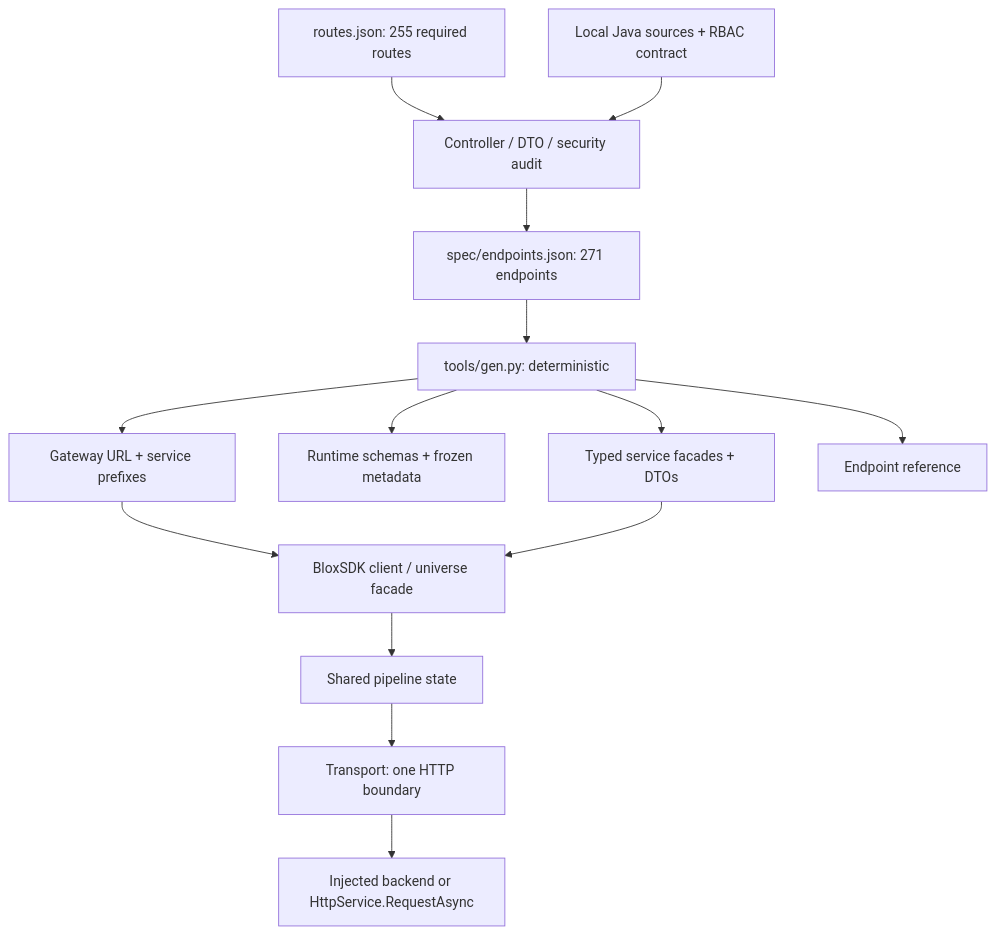
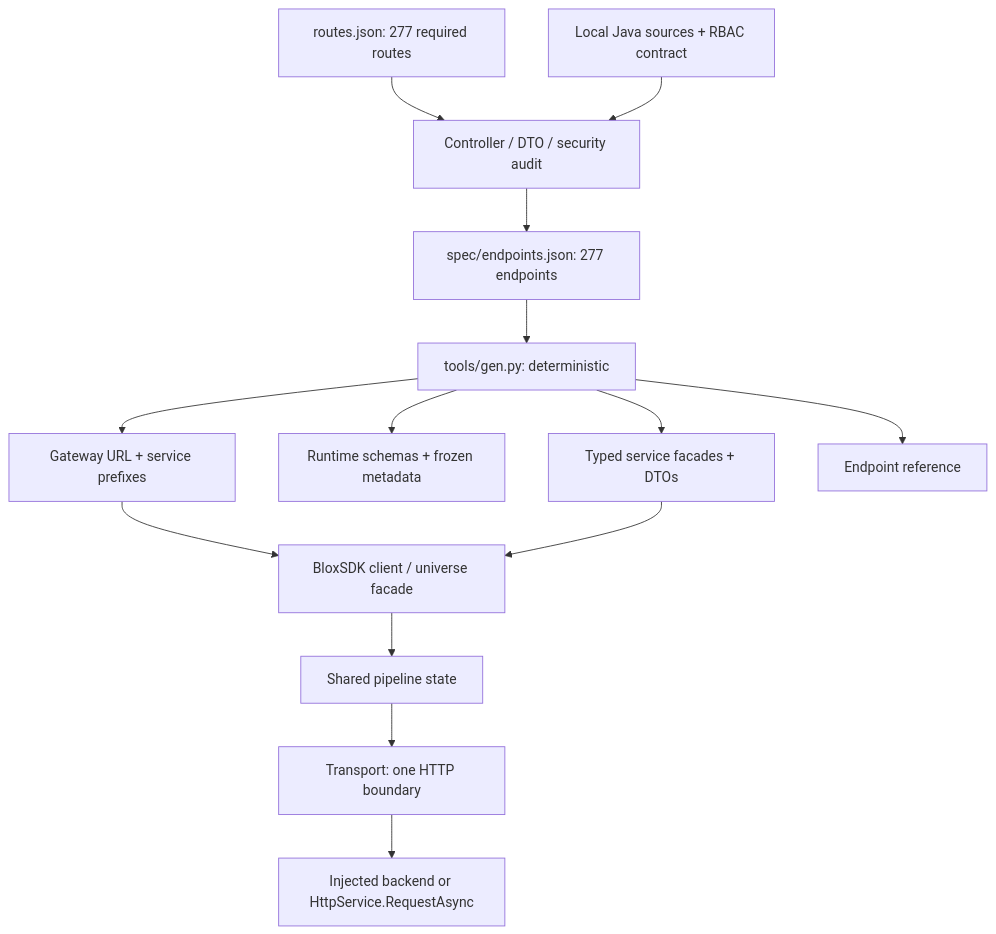
One commit to samjay22/blox-sdk changed the first of 2 diagrams in docs/ARCHITECTURE.md. Above: the diagram before and after it, drawn with Mermaid. The commit also changed other lines of this file and 55 other files, not shown here.

````diff
--- a/docs/ARCHITECTURE.md
+++ b/docs/ARCHITECTURE.md
@@ -3,16 +3,16 @@
 ```mermaid
 flowchart TD
-  Routes[routes.json: 255 required routes] --> Audit[Controller / DTO / security audit]
+  Routes[routes.json: 277 required routes] --> Audit[Controller / DTO / security audit]
   Java[Local Java sources + RBAC contract] --> Audit
-  Audit --> Spec[spec/endpoints.json: 271 endpoints]
+  Audit --> Spec[spec/endpoints.json: 277 endpoints]
   Spec --> Generator[tools/gen.py: deterministic]
   Generator --> Services[Typed service facades + DTOs]
   Generator --> Schemas[Runtime schemas + frozen metadata]
   Generator --> Routing[Gateway URL + service prefixes]
   Routing --> Client
   Generator --> Reference[Endpoint reference]
   Services --> Client[BloxSDK client / universe facade]
   Client --> Pipeline[Shared pipeline state]
   Pipeline --> Transport[Transport: one HTTP boundary]
   Transport --> Backend[Injected backend or HttpService.RequestAsync]
 ```
````
